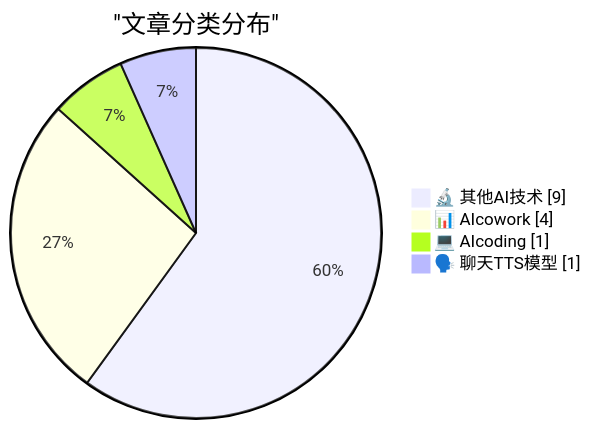
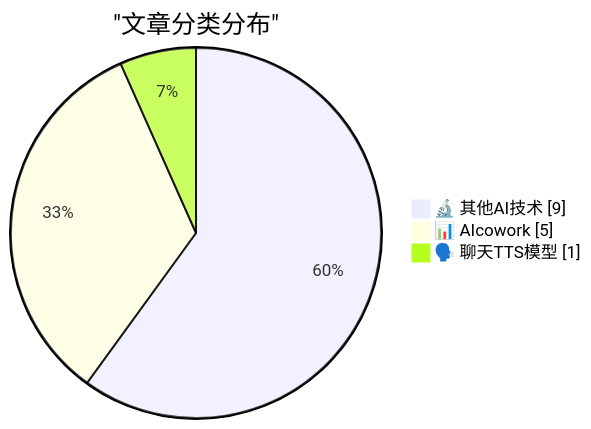
Before and after one commit to MirrMeur/ai-daily-digest: the first of 2 diagrams in digests/digest-20260317.md, drawn with Mermaid. The commit also changed other lines of this file, not shown here.

````diff
--- a/digests/digest-20260317.md
+++ b/digests/digest-20260317.md
@@ -73,8 +73,7 @@
 ```mermaid
 pie showData
     title "文章分类分布"
     "🔬 其他AI技术" : 9
-    "📊 AIcowork" : 4
-    "💻 AIcoding" : 1
+    "📊 AIcowork" : 5
     "🗣️ 聊天TTS模型" : 1
 ```
````
